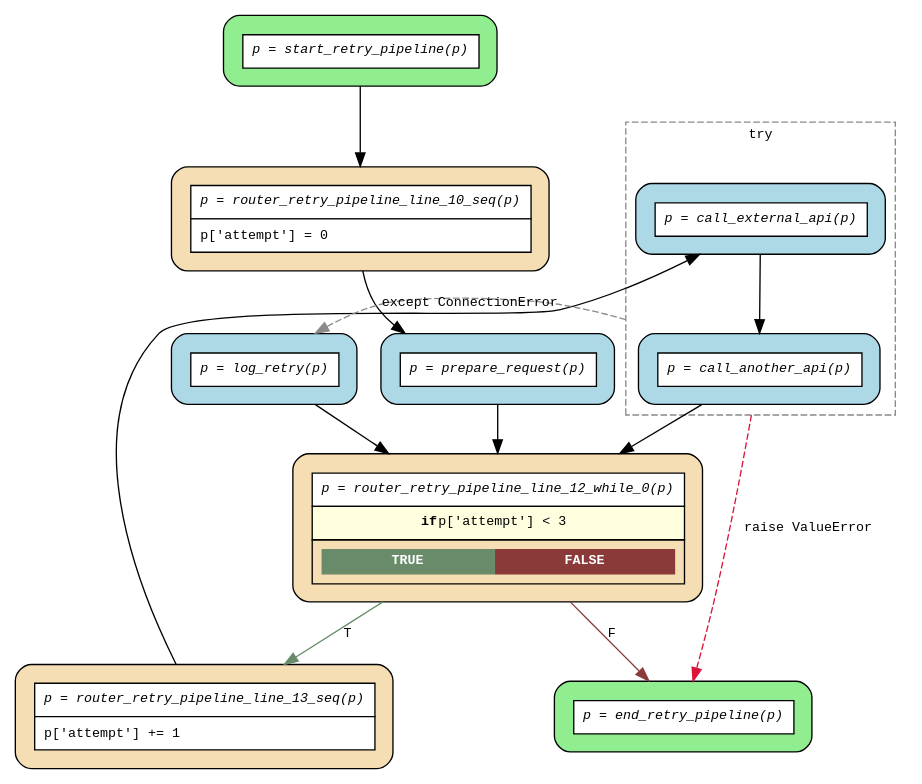
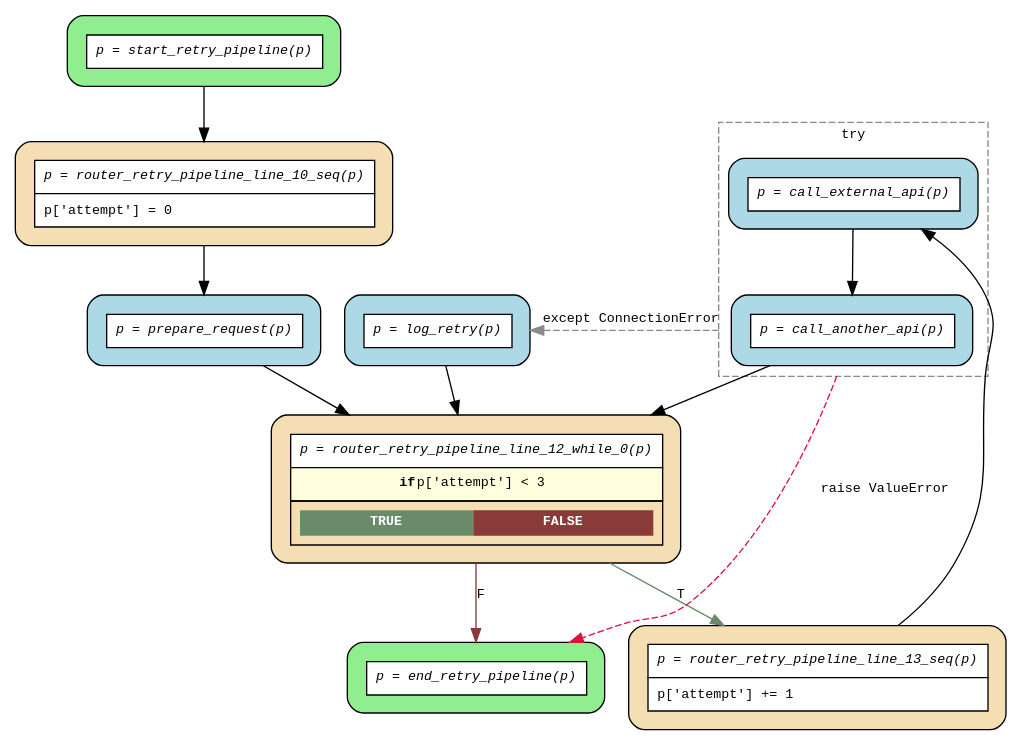
One commit to deliveryhero/asya changed the diagram in examples/flows/compiled/try_except_retry_loop/flow.dot. Above: the diagram before and after it, drawn with Graphviz. The commit also changed 71 other files, not shown here.

```diff
--- a/examples/flows/compiled/try_except_retry_loop/flow.dot
+++ b/examples/flows/compiled/try_except_retry_loop/flow.dot
@@ -1,36 +1,36 @@
 digraph flow {
   rankdir=TB;
   compound=true;
   graph [fontname="Courier", fontsize=10];
   node [fontname="Courier", fontsize=10, shape=box, style="filled,rounded", margin="0.2"];
   edge [fontname="Courier", fontsize=10];
 
-  start_retry_pipeline [fillcolor="lightgreen", label=<<table border="0" cellspacing="0" cellpadding="6" cellborder="1"><tr><td bgcolor="white" align="center"><i>p = start_retry_pipeline(p)</i></td></tr></table>>];
-  router_retry_pipeline_line_13_seq [fillcolor="wheat", label=<<table border="0" cellspacing="0" cellpadding="6" cellborder="1"><tr><td bgcolor="white" align="center"><i>p = router_retry_pipeline_line_13_seq(p)</i></td></tr><tr><td bgcolor="white" align="left">p['attempt'] += 1</td></tr></table>>];
-  router_retry_pipeline_line_12_while_0 [fillcolor="wheat", label=<<table border="0" cellspacing="0" cellpadding="6" cellborder="1"><tr><td bgcolor="white" align="center"><i>p = router_retry_pipeline_line_12_while_0(p)</i></td></tr><tr><td bgcolor="lightyellow"><b>if</b> p['attempt'] &lt; 3</td></tr><tr><td><table border="0" cellspacing="0" cellpadding="4"><tr><td bgcolor="darkseagreen4"><font color="white"><b>TRUE</b></font></td><td bgcolor="indianred4"><font color="white"><b>FALSE</b></font></td></tr></table></td></tr></table>>];
-  router_retry_pipeline_line_10_seq [fillcolor="wheat", label=<<table border="0" cellspacing="0" cellpadding="6" cellborder="1"><tr><td bgcolor="white" align="center"><i>p = router_retry_pipeline_line_10_seq(p)</i></td></tr><tr><td bgcolor="white" align="left">p['attempt'] = 0</td></tr></table>>];
-  end_retry_pipeline [fillcolor="lightgreen", label=<<table border="0" cellspacing="0" cellpadding="6" cellborder="1"><tr><td bgcolor="white" align="center"><i>p = end_retry_pipeline(p)</i></td></tr></table>>];
+  start_retry_pipeline [fillcolor="lightgreen", group="main", label=<<table border="0" cellspacing="0" cellpadding="6" cellborder="1"><tr><td bgcolor="white" align="center"><i>p = start_retry_pipeline(p)</i></td></tr></table>>];
+  router_retry_pipeline_line_13_seq [fillcolor="wheat", group="main", label=<<table border="0" cellspacing="0" cellpadding="6" cellborder="1"><tr><td bgcolor="white" align="center"><i>p = router_retry_pipeline_line_13_seq(p)</i></td></tr><tr><td bgcolor="white" align="left">p['attempt'] += 1</td></tr></table>>];
+  router_retry_pipeline_line_12_while_0 [fillcolor="wheat", group="main", label=<<table border="0" cellspacing="0" cellpadding="6" cellborder="1"><tr><td bgcolor="white" align="center"><i>p = router_retry_pipeline_line_12_while_0(p)</i></td></tr><tr><td bgcolor="lightyellow"><b>if</b> p['attempt'] &lt; 3</td></tr><tr><td><table border="0" cellspacing="0" cellpadding="4"><tr><td bgcolor="darkseagreen4"><font color="white"><b>TRUE</b></font></td><td bgcolor="indianred4"><font color="white"><b>FALSE</b></font></td></tr></table></td></tr></table>>];
+  router_retry_pipeline_line_10_seq [fillcolor="wheat", group="main", label=<<table border="0" cellspacing="0" cellpadding="6" cellborder="1"><tr><td bgcolor="white" align="center"><i>p = router_retry_pipeline_line_10_seq(p)</i></td></tr><tr><td bgcolor="white" align="left">p['attempt'] = 0</td></tr></table>>];
+  end_retry_pipeline [fillcolor="lightgreen", group="main", label=<<table border="0" cellspacing="0" cellpadding="6" cellborder="1"><tr><td bgcolor="white" align="center"><i>p = end_retry_pipeline(p)</i></td></tr></table>>];
   log_retry [fillcolor="lightblue", label=<<table border="0" cellspacing="0" cellpadding="6" cellborder="1"><tr><td bgcolor="white" align="center"><i>p = log_retry(p)</i></td></tr></table>>];
   prepare_request [fillcolor="lightblue", label=<<table border="0" cellspacing="0" cellpadding="6" cellborder="1"><tr><td bgcolor="white" align="center"><i>p = prepare_request(p)</i></td></tr></table>>];
   subgraph cluster_try_0 {
     style=dashed;
     color="snow4";
     fontname="Courier";
     fontsize=10;
     label="try";
     call_another_api [fillcolor="lightblue", label=<<table border="0" cellspacing="0" cellpadding="6" cellborder="1"><tr><td bgcolor="white" align="center"><i>p = call_another_api(p)</i></td></tr></table>>];
     call_external_api [fillcolor="lightblue", label=<<table border="0" cellspacing="0" cellpadding="6" cellborder="1"><tr><td bgcolor="white" align="center"><i>p = call_external_api(p)</i></td></tr></table>>];
   }
 
-  call_another_api -> end_retry_pipeline [ltail=cluster_try_0, color=crimson, style=dashed, label="raise ValueError"];
-  call_another_api -> log_retry [ltail=cluster_try_0, color=snow4, style=dashed, label="except ConnectionError"];
+  call_another_api -> end_retry_pipeline [ltail=cluster_try_0, color=crimson, style=dashed, label="raise ValueError", constraint=false];
+  call_another_api -> log_retry [ltail=cluster_try_0, color=snow4, style=dashed, label="except ConnectionError", constraint=false];
   call_another_api -> router_retry_pipeline_line_12_while_0;
   call_external_api -> call_another_api;
   log_retry -> router_retry_pipeline_line_12_while_0;
   prepare_request -> router_retry_pipeline_line_12_while_0;
   router_retry_pipeline_line_10_seq -> prepare_request;
   router_retry_pipeline_line_12_while_0 -> end_retry_pipeline [label="F", color=indianred4];
   router_retry_pipeline_line_12_while_0 -> router_retry_pipeline_line_13_seq [label="T", color=darkseagreen4];
   router_retry_pipeline_line_13_seq -> call_external_api;
   start_retry_pipeline -> router_retry_pipeline_line_10_seq;
 }
```
